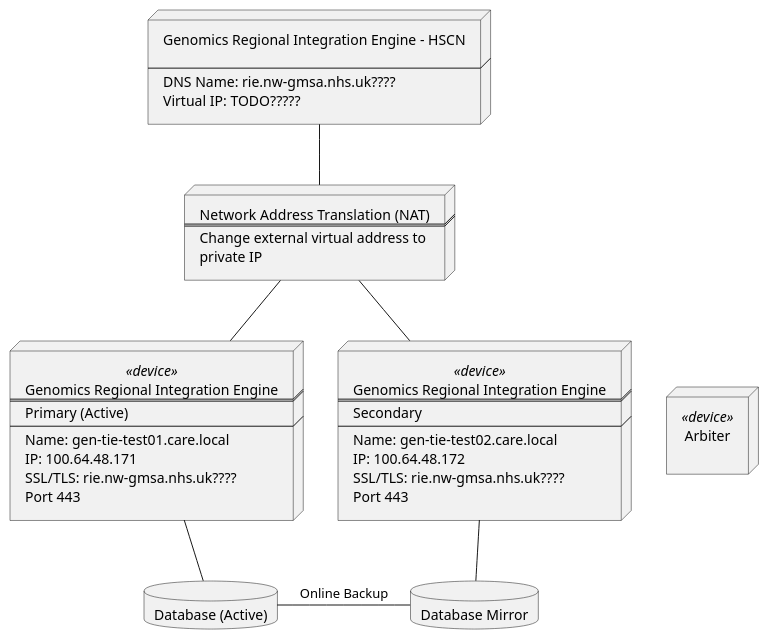
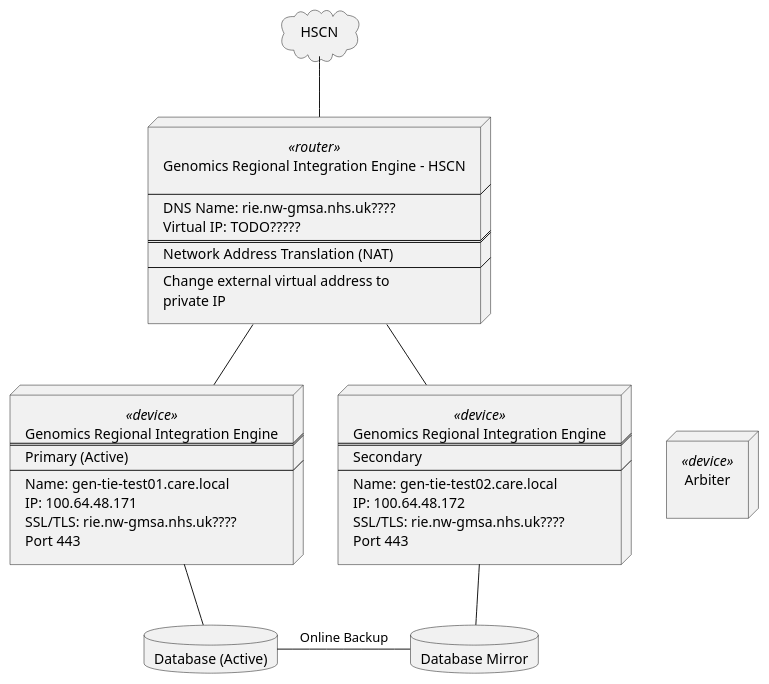
Before and after one commit to nw-gmsa/nw-gmsa.github.com: the diagram in input/images-source/deployment.plantuml, drawn with PlantUML.

Commit message:
Deployment diagram

```diff
--- a/input/images-source/deployment.plantuml
+++ b/input/images-source/deployment.plantuml
@@ -1,75 +1,76 @@
 @startuml
 
+cloud HSCN [
+HSCN
+]
 
-node network [
+node network <<router>> [
 Genomics Regional Integration Engine - HSCN
 
 ----
 DNS Name: rie.nw-gmsa.nhs.uk????
 Virtual IP: TODO?????
-]
-
-node NAT [
+====
 Network Address Translation (NAT)
-====
+----
 Change external virtual address to
 private IP
 ]
 
 
 node arbiter <<device>> [
 Arbiter
 
 ]
 
 
 node tie1 <<device>> [
 Genomics Regional Integration Engine
 ====
 Primary (Active)
 ----
 Name: gen-tie-test01.care.local
 IP: 100.64.48.171
 SSL/TLS: rie.nw-gmsa.nhs.uk????
 Port 443
 ]
 
 
 node tie2 <<device>> [
 Genomics Regional Integration Engine
 ====
 Secondary
 ----
 Name: gen-tie-test02.care.local
 IP: 100.64.48.172
 SSL/TLS: rie.nw-gmsa.nhs.uk????
 Port 443
 ]
 
 node arbiter [
 Arbiter
 ]
 
 
 database database1 [
 Database (Active)
 ]
 
 database database2 [
 Database Mirror
 ]
 
-network -- NAT
-NAT -d- tie1
-NAT -d- tie2
+HSCN -- network
+network -d- tie1
+network -d- tie2
 
 tie1 -r[hidden]- tie2
 tie2 -r[hidden]- arbiter
 
 tie1 -- database1
 database1 -r- database2: Online Backup
 tie2 -- database2
 
 
 
 @enduml
```
